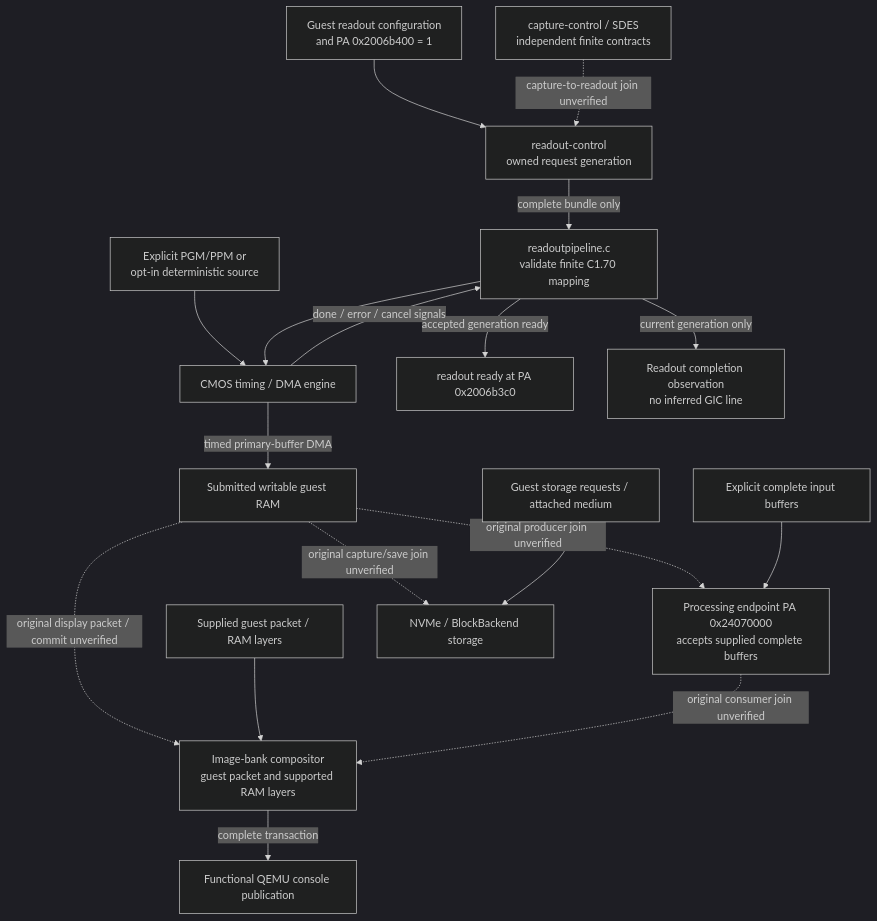
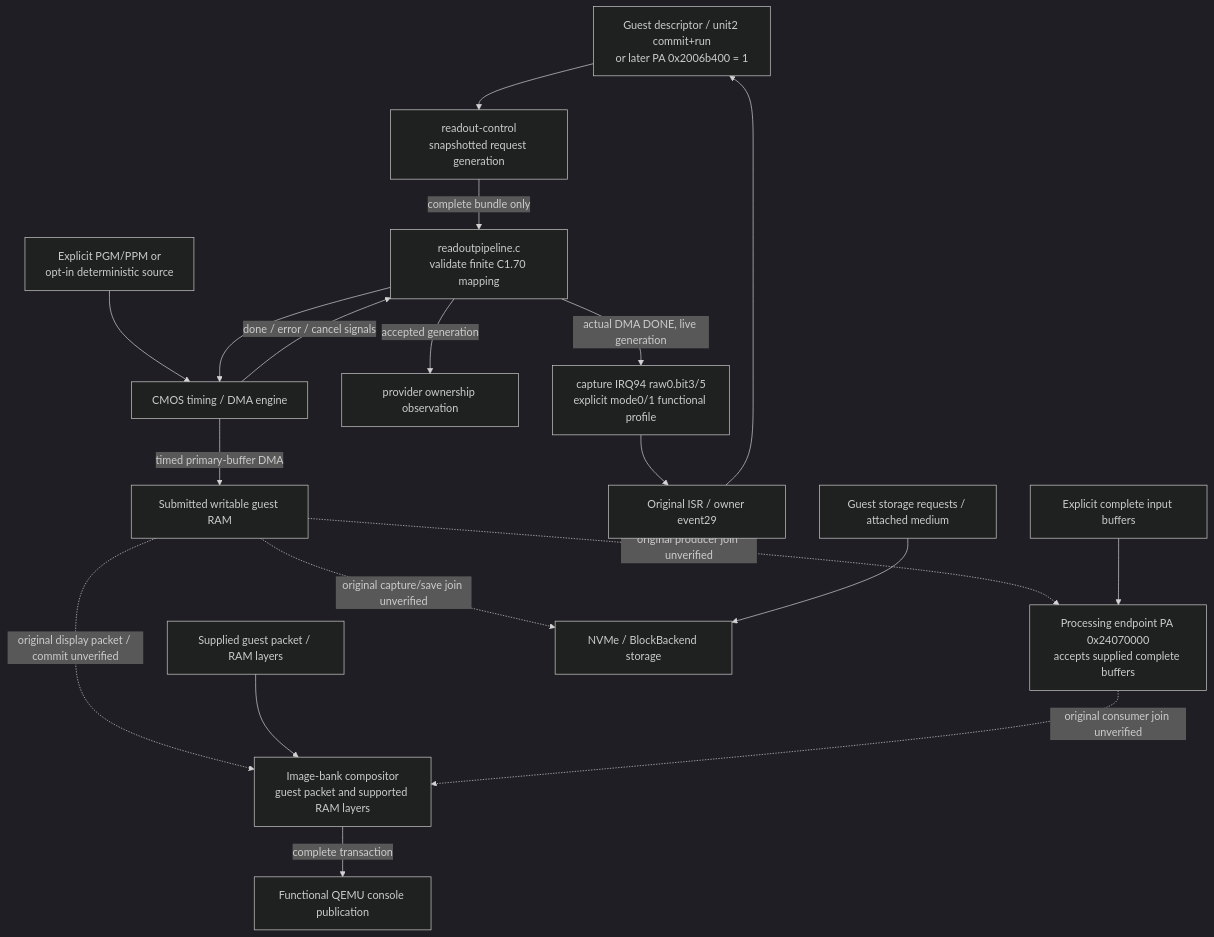
The fifth of 6 diagrams in docs/architecture.md (nightglasses/z7ii-qemu), drawn with Mermaid (dark theme) before and after one commit. The commit also changed other lines of this file and 15 other files, not shown here.

Commit message:
Model initial readout run and DMA completion lifecycle

````diff
--- a/docs/architecture.md
+++ b/docs/architecture.md
@@ -149,21 +149,22 @@
 ```mermaid
 flowchart TD
-  Guest["Guest readout configuration<br/>and PA 0x2006b400 = 1"] --> Readout["readout-control<br/>owned request generation"]
+  Guest["Guest descriptor / unit2 commit+run<br/>or later PA 0x2006b400 = 1"] --> Readout["readout-control<br/>snapshotted request generation"]
   Readout -->|"complete bundle only"| Pipeline["readoutpipeline.c<br/>validate finite C1.70 mapping"]
   Image["Explicit PGM/PPM or<br/>opt-in deterministic source"] --> CMOS["CMOS timing / DMA engine"]
   Pipeline --> CMOS
   CMOS -->|"timed primary-buffer DMA"| RAM["Submitted writable guest RAM"]
-  Pipeline -->|"accepted generation ready"| Ready["readout ready at PA 0x2006b3c0"]
+  Pipeline -->|"accepted generation"| Ready["provider ownership observation"]
   CMOS -->|"done / error / cancel signals"| Pipeline
-  Pipeline -->|"current generation only"| Completion["Readout completion observation<br/>no inferred GIC line"]
-  Capture["capture-control / SDES<br/>independent finite contracts"] -. "capture-to-readout join unverified" .-> Readout
+  Pipeline -->|"actual DMA DONE, live generation"| Capture["capture IRQ94 raw0.bit3/5<br/>explicit mode0/1 functional profile"]
+  Capture --> ISR["Original ISR / owner event29"]
+  ISR --> Guest
 
   RAM -. "original producer join unverified" .-> Process["Processing endpoint PA 0x24070000<br/>accepts supplied complete buffers"]
   Supplied["Explicit complete input buffers"] --> Process
   RAM -. "original display packet / commit unverified" .-> Compose["Image-bank compositor<br/>guest packet and supported RAM layers"]
   DisplaySources["Supplied guest packet / RAM layers"] --> Compose
   Process -. "original consumer join unverified" .-> Compose
   Compose -->|"complete transaction"| Console["Functional QEMU console publication"]
   RAM -. "original capture/save join unverified" .-> Save["NVMe / BlockBackend storage"]
   StorageRequests["Guest storage requests / attached medium"] --> Save
 ```
````
